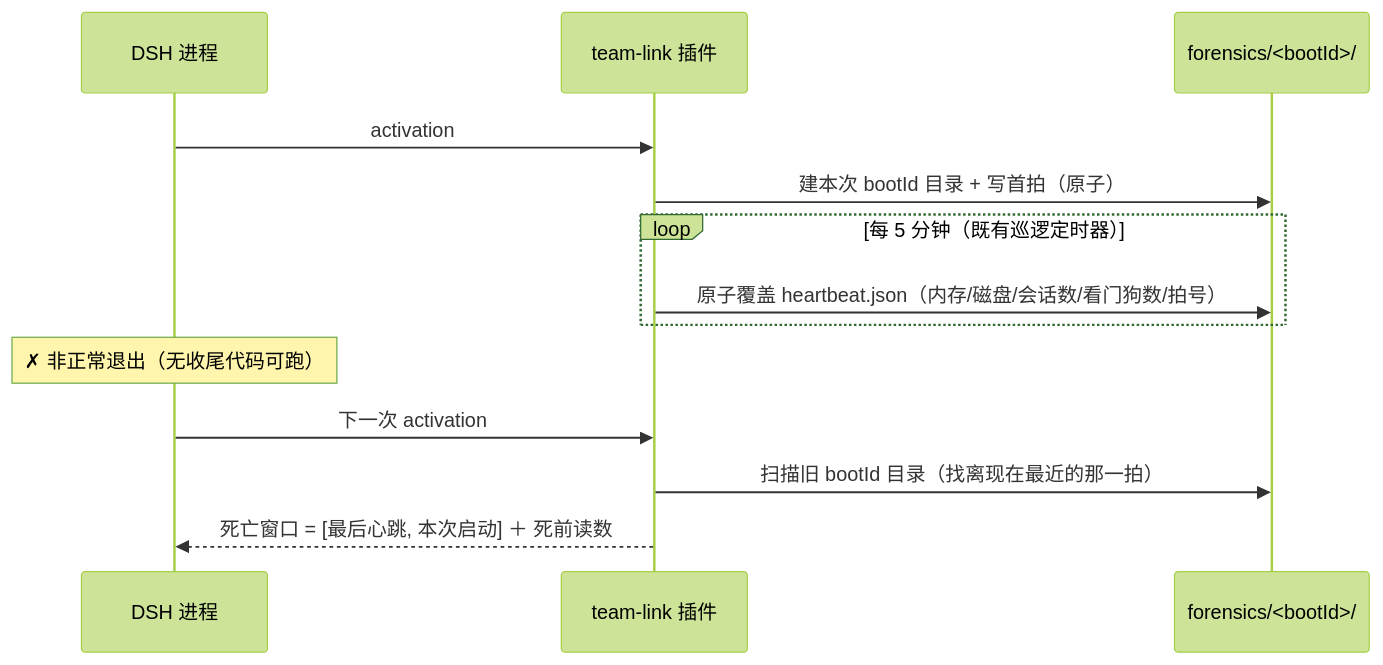
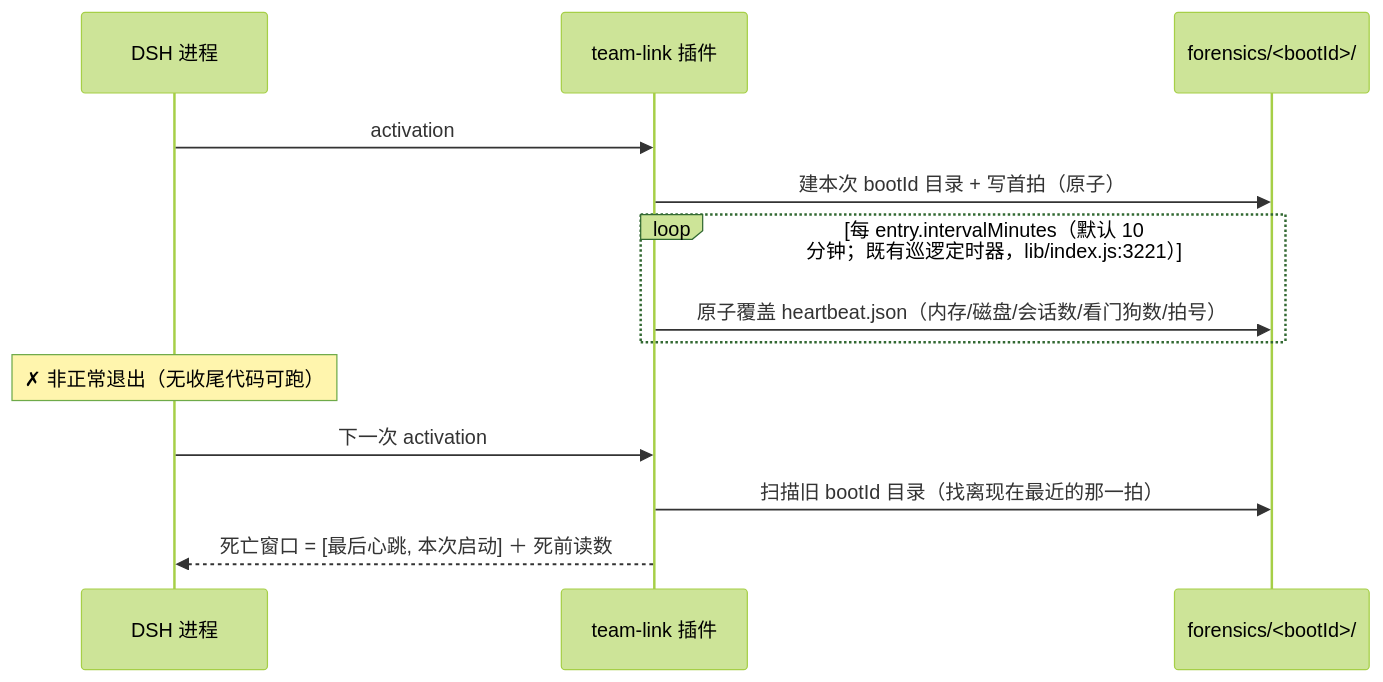
Before and after one commit to shenhuanageshei/dsh-team-link: the diagram in docs/2026-10-13-crash-forensics-design.md, drawn with Mermaid (forest theme). The commit also changed other lines of this file and 5 other files, not shown here.

````diff
--- a/docs/2026-10-13-crash-forensics-design.md
+++ b/docs/2026-10-13-crash-forensics-design.md
@@ -13,15 +13,15 @@
 ```mermaid
 sequenceDiagram
     participant DSH as DSH 进程
     participant P as team-link 插件
     participant F as forensics/<bootId>/
     DSH->>P: activation
     P->>F: 建本次 bootId 目录 + 写首拍（原子）
-    loop 每 5 分钟（既有巡逻定时器）
+    loop 每 entry.intervalMinutes（默认 10 分钟；既有巡逻定时器，lib/index.js:3221）
         P->>F: 原子覆盖 heartbeat.json（内存/磁盘/会话数/看门狗数/拍号）
     end
     Note over DSH: ✗ 非正常退出（无收尾代码可跑）
     DSH->>P: 下一次 activation
     P->>F: 扫描旧 bootId 目录（找离现在最近的那一拍）
     P-->>DSH: 死亡窗口 = [最后心跳, 本次启动]  ＋ 死前读数
 ```
````
